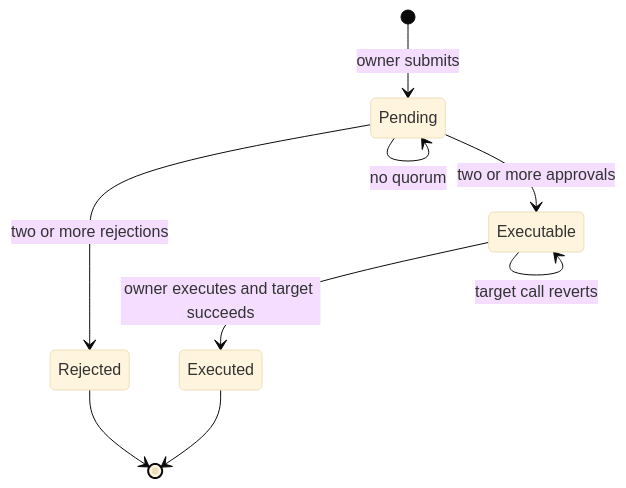
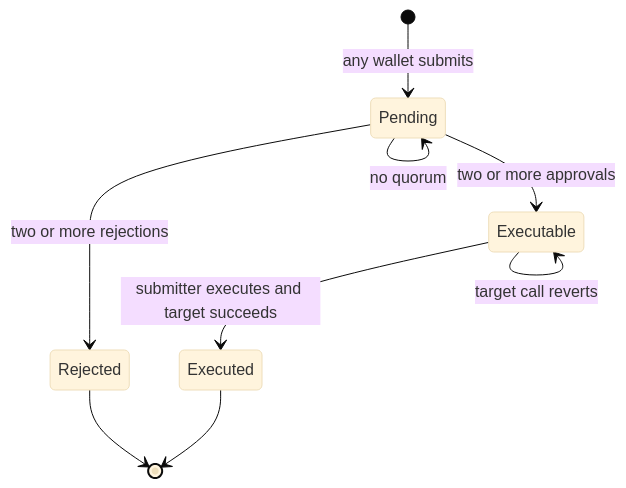
One commit to karagozemin/HYDRA changed the third of 3 diagrams in ARCHITECTURE.md. Above: the diagram before and after it, drawn with Mermaid (base theme). The commit also changed other lines of this file and 16 other files, not shown here.

Commit message:
feat: update HYDRA's transaction model to allow any wallet to submit transactions, enhancing flexibility and security; revise documentation for clarity on user roles and execution process

````diff
--- a/ARCHITECTURE.md
+++ b/ARCHITECTURE.md
@@ -169,11 +170,11 @@
 ```mermaid
 stateDiagram-v2
-    [*] --> Pending: owner submits
+    [*] --> Pending: any wallet submits
     Pending --> Pending: no quorum
     Pending --> Executable: two or more approvals
     Pending --> Rejected: two or more rejections
-    Executable --> Executed: owner executes and target succeeds
+    Executable --> Executed: submitter executes and target succeeds
     Executable --> Executable: target call reverts
     Rejected --> [*]
     Executed --> [*]
 ```
````
